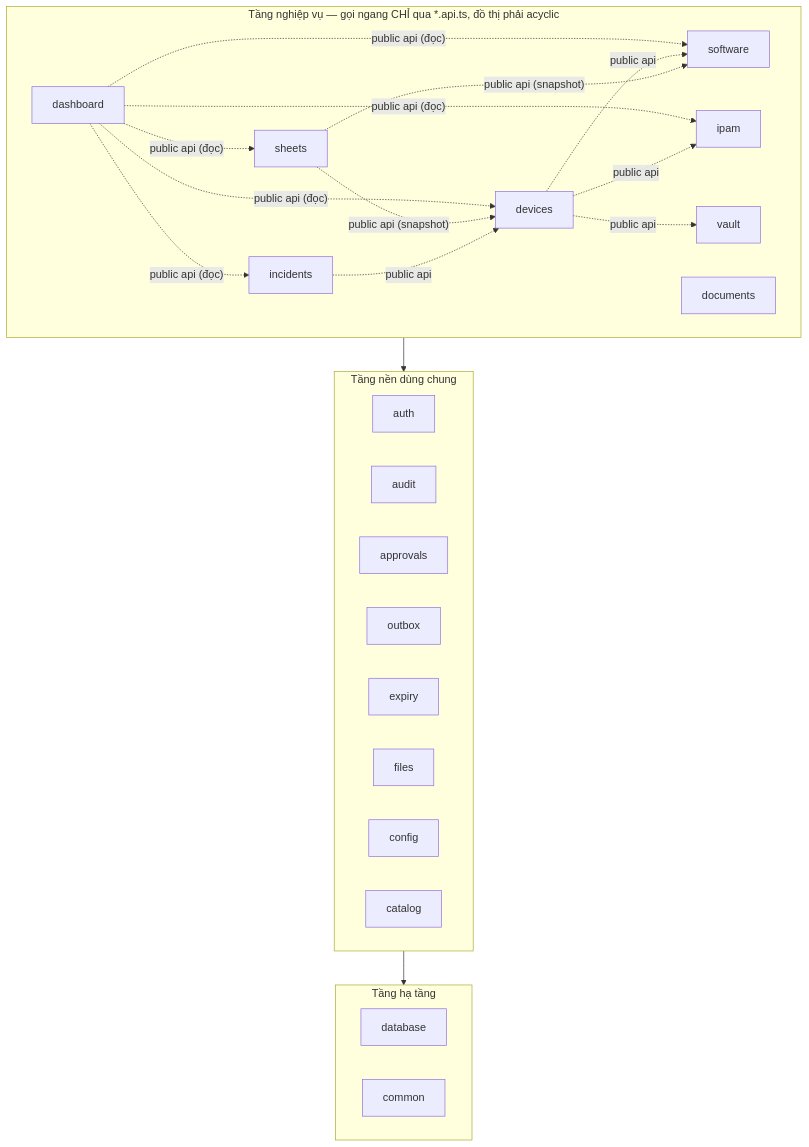
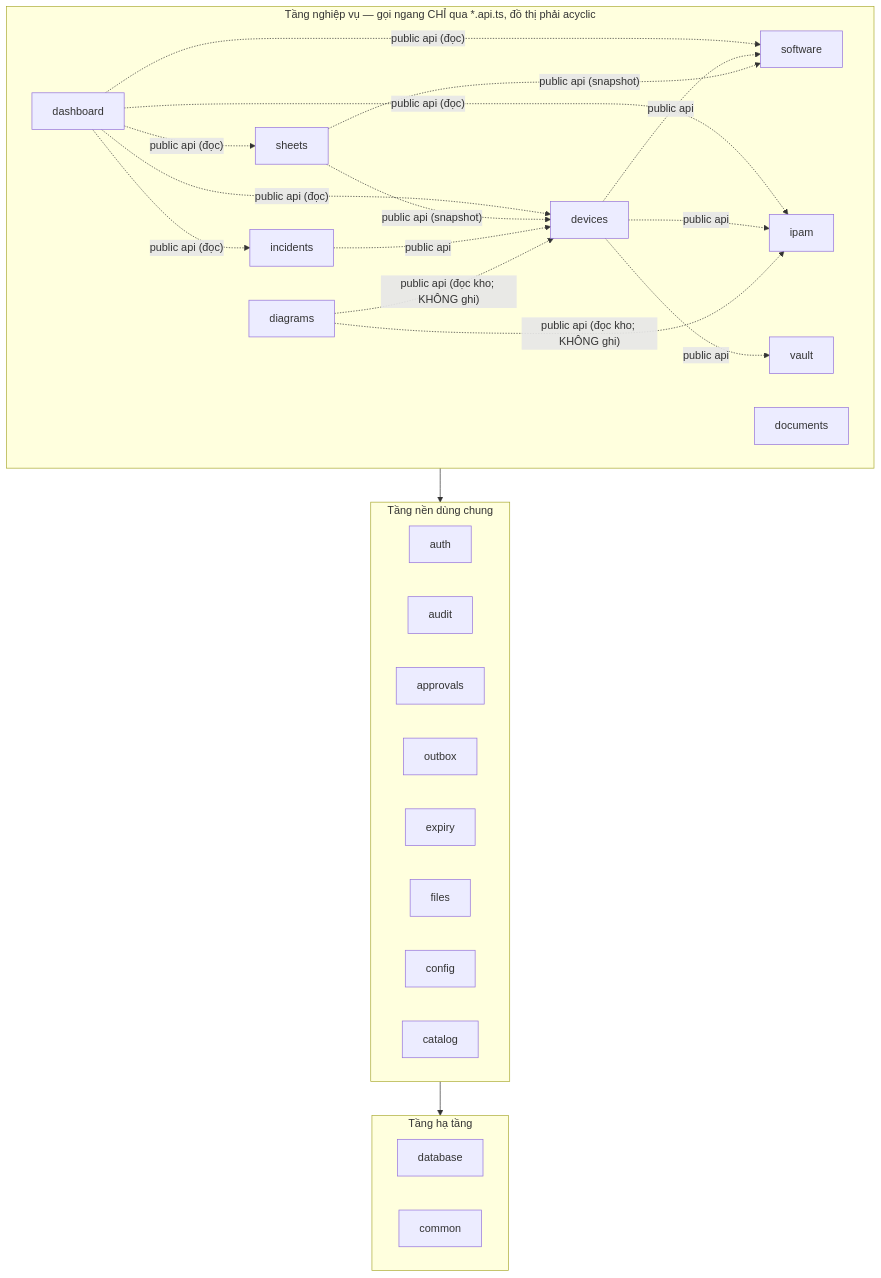
One commit to youtranken/PMH_IMS changed the diagram in _bmad-output/planning-artifacts/architecture/architecture-IMS-2026-08-21/ARCHITECTURE-SPINE.md. Above: the diagram before and after it, drawn with Mermaid. The commit also changed other lines of this file, not shown here.

First line of the commit message:
docs(arch): AD-17 trình vẽ draw.io + XML không tin cậy + step-up có phạm vi; AD-18 module diagrams

````diff
--- a/_bmad-output/planning-artifacts/architecture/architecture-IMS-2026-08-21/ARCHITECTURE-SPINE.md
+++ b/_bmad-output/planning-artifacts/architecture/architecture-IMS-2026-08-21/ARCHITECTURE-SPINE.md
@@ -24,18 +24,19 @@
 ```mermaid
 graph TD
   subgraph BIZ["Tầng nghiệp vụ — gọi ngang CHỈ qua *.api.ts, đồ thị phải acyclic"]
-    devices; software; ipam; vault; sheets; incidents; documents; dashboard
+    devices; software; ipam; vault; sheets; incidents; documents; dashboard; diagrams
   end
   subgraph BASE["Tầng nền dùng chung"]
     auth; audit; approvals; outbox; expiry; files; config; catalog
   end
   subgraph INFRA["Tầng hạ tầng"]
     database; common
   end
   BIZ --> BASE
   BASE --> INFRA
   dashboard -. "public api (đọc)" .-> devices & software & ipam & sheets & incidents
   devices -. "public api" .-> ipam & software & vault
   sheets -. "public api (snapshot)" .-> devices & software
   incidents -. "public api" .-> devices
+  diagrams -. "public api (đọc kho; KHÔNG ghi)" .-> devices & ipam
 ```
````
